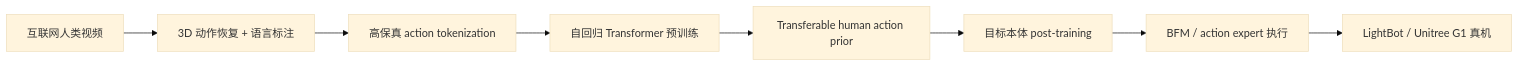
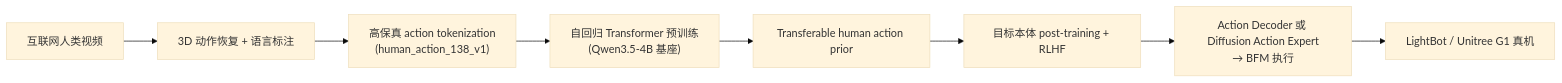
The first of 2 diagrams in wiki/entities/light-o1.md (ImChong/Robotics_Notebooks), drawn with Mermaid (base theme) before and after one commit. The commit also changed other lines of this file and 450 other files, not shown here.

Commit message:
[2026-11-22] ingest | sources/ & wiki/ — 补齐 33 家公司路线 165/167 节点一手原文通读、骨架与 Mermaid 图表至 3/3

````diff
--- a/wiki/entities/light-o1.md
+++ b/wiki/entities/light-o1.md
@@ -76,10 +83,10 @@
 ```mermaid
 flowchart LR
-  video[互联网人类视频] --> recover[3D 动作恢复 + 语言标注]
-  recover --> token[高保真 action tokenization]
-  token --> ar[自回归 Transformer 预训练]
-  ar --> prior[Transferable human action prior]
-  prior --> post[目标本体 post-training]
-  post --> bfm[BFM / action expert 执行]
-  bfm --> robot[LightBot / Unitree G1 真机]
+  video["互联网人类视频"] --> recover["3D 动作恢复 + 语言标注"]
+  recover --> token["高保真 action tokenization\n(human_action_138_v1)"]
+  token --> ar["自回归 Transformer 预训练\n(Qwen3.5-4B 基座)"]
+  ar --> prior["Transferable human action prior"]
+  prior --> post["目标本体 post-training + RLHF"]
+  post --> bfm["Action Decoder 或 Diffusion Action Expert\n→ BFM 执行"]
+  bfm --> robot["LightBot / Unitree G1 真机"]
 ```
````
